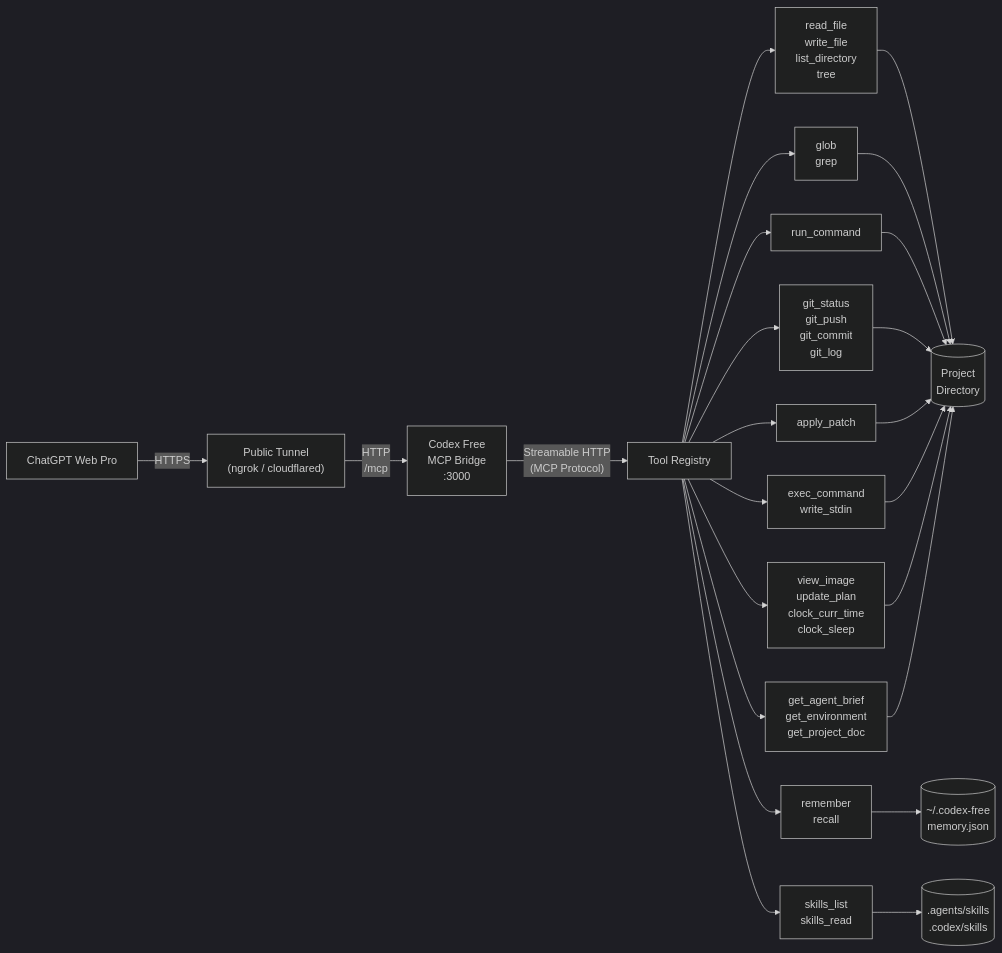
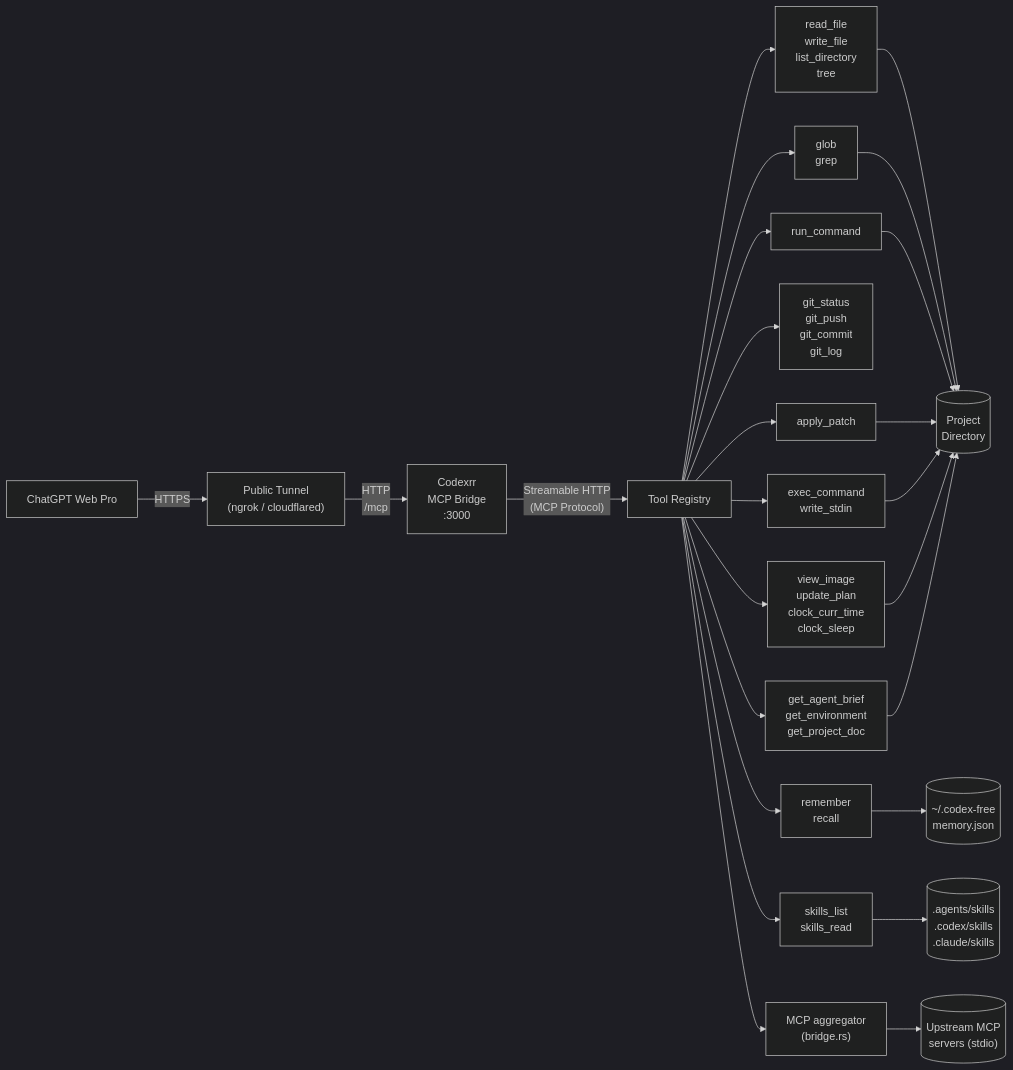
One commit to devnoname120/codex-free changed the diagram in README.md. Above: the diagram before and after it, drawn with Mermaid (dark theme). The commit also changed other lines of this file and 134 other files, not shown here.

````diff
--- a/README.md
+++ b/README.md
@@ -13,47 +15,50 @@
 ```mermaid
 flowchart LR
     ChatGPT["ChatGPT Web Pro"]
     Tunnel["Public Tunnel\n(ngrok / cloudflared)"]
-    Server["Codex Free\nMCP Bridge\n:3000"]
+    Server["Codexrr\nMCP Bridge\n:3000"]
     Tools["Tool Registry"]
 
     FS["read_file\nwrite_file\nlist_directory\ntree"]
     Search["glob\ngrep"]
     Shell["run_command"]
     Git["git_status\ngit_push\ngit_commit\ngit_log"]
     Edit["apply_patch"]
     Exec["exec_command\nwrite_stdin"]
     Agent["view_image\nupdate_plan\nclock_curr_time\nclock_sleep"]
     Env["get_agent_brief\nget_environment\nget_project_doc"]
     Mem["remember\nrecall"]
     Skills["skills_list\nskills_read"]
+    Bridge["MCP aggregator\n(bridge.rs)"]
     WorkDir[("Project\nDirectory")]
     State[("~/.codex-free\nmemory.json")]
-    SkillDirs[(".agents/skills\n.codex/skills")]
+    SkillDirs[(".agents/skills\n.codex/skills\n.claude/skills")]
+    Upstream[("Upstream MCP\nservers (stdio)")]
 
     ChatGPT -- "HTTPS" --> Tunnel
     Tunnel -- "HTTP\n/mcp" --> Server
     Server -- "Streamable HTTP\n(MCP Protocol)" --> Tools
 
     Tools --> FS
     Tools --> Search
     Tools --> Shell
     Tools --> Git
     Tools --> Edit
     Tools --> Exec
     Tools --> Agent
     Tools --> Env
     Tools --> Mem
     Tools --> Skills
+    Tools --> Bridge
 
     FS --> WorkDir
     Search --> WorkDir
     Shell --> WorkDir
-    Git --> WorkDir
     Edit --> WorkDir
     Exec --> WorkDir
     Agent --> WorkDir
     Env --> WorkDir
     Mem --> State
     Skills --> SkillDirs
+    Bridge --> Upstream
 ```
````
